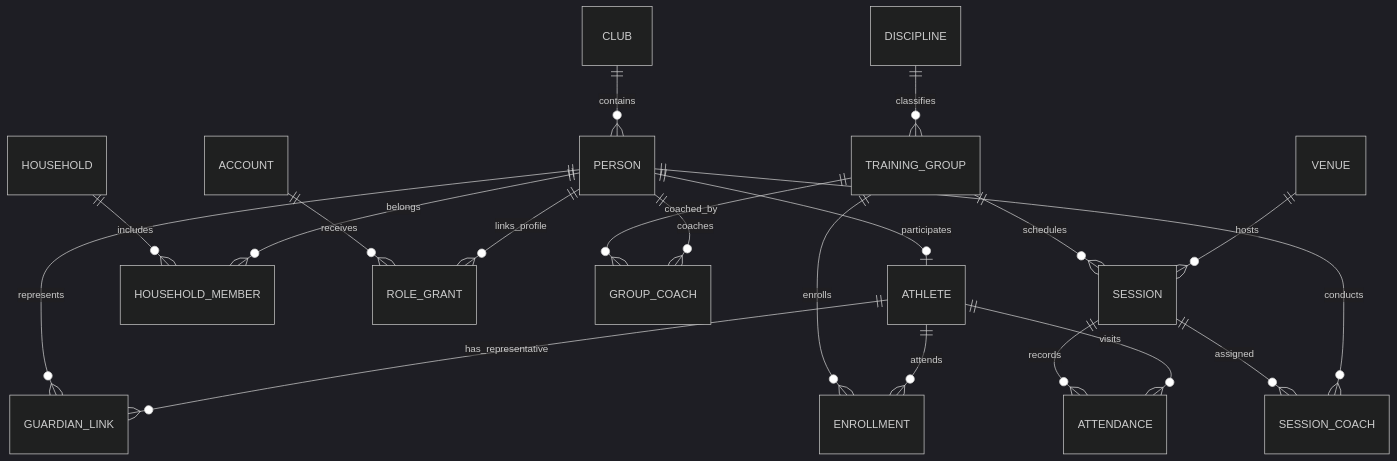
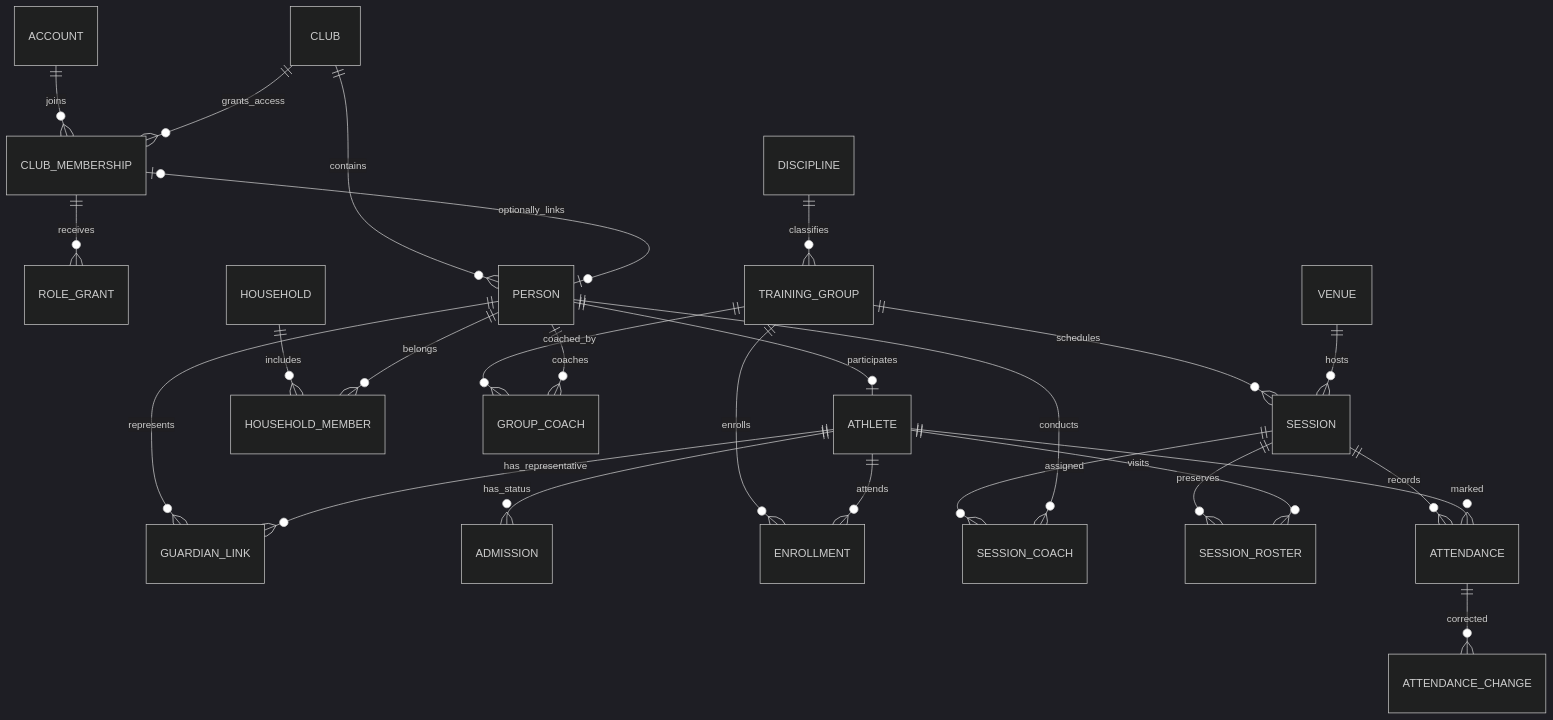
Before and after one commit to StarMadeGalaxy/JudeOS: the first of 2 diagrams in planning/DATA-MODEL.md, drawn with Mermaid (dark theme). The commit also changed other lines of this file and 20 other files, not shown here.

Commit message:
docs: align MVP plan and architecture after critical review

````diff
--- a/planning/DATA-MODEL.md
+++ b/planning/DATA-MODEL.md
@@ -7,22 +21,28 @@
 ```mermaid
 erDiagram
+    ACCOUNT ||--o{ CLUB_MEMBERSHIP : joins
+    CLUB ||--o{ CLUB_MEMBERSHIP : grants_access
+    CLUB_MEMBERSHIP ||--o{ ROLE_GRANT : receives
     CLUB ||--o{ PERSON : contains
+    CLUB_MEMBERSHIP o|--o| PERSON : optionally_links
     PERSON ||--o| ATHLETE : participates
     PERSON ||--o{ GUARDIAN_LINK : represents
     ATHLETE ||--o{ GUARDIAN_LINK : has_representative
     HOUSEHOLD ||--o{ HOUSEHOLD_MEMBER : includes
     PERSON ||--o{ HOUSEHOLD_MEMBER : belongs
-    ACCOUNT ||--o{ ROLE_GRANT : receives
-    PERSON ||--o{ ROLE_GRANT : links_profile
+    ATHLETE ||--o{ ADMISSION : has_status
     DISCIPLINE ||--o{ TRAINING_GROUP : classifies
     TRAINING_GROUP ||--o{ ENROLLMENT : enrolls
     ATHLETE ||--o{ ENROLLMENT : attends
     TRAINING_GROUP ||--o{ GROUP_COACH : coached_by
     PERSON ||--o{ GROUP_COACH : coaches
     TRAINING_GROUP ||--o{ SESSION : schedules
     VENUE ||--o{ SESSION : hosts
     SESSION ||--o{ SESSION_COACH : assigned
     PERSON ||--o{ SESSION_COACH : conducts
+    SESSION ||--o{ SESSION_ROSTER : preserves
+    ATHLETE ||--o{ SESSION_ROSTER : visits
     SESSION ||--o{ ATTENDANCE : records
-    ATHLETE ||--o{ ATTENDANCE : visits
+    ATHLETE ||--o{ ATTENDANCE : marked
+    ATTENDANCE ||--o{ ATTENDANCE_CHANGE : corrected
 ```
````
